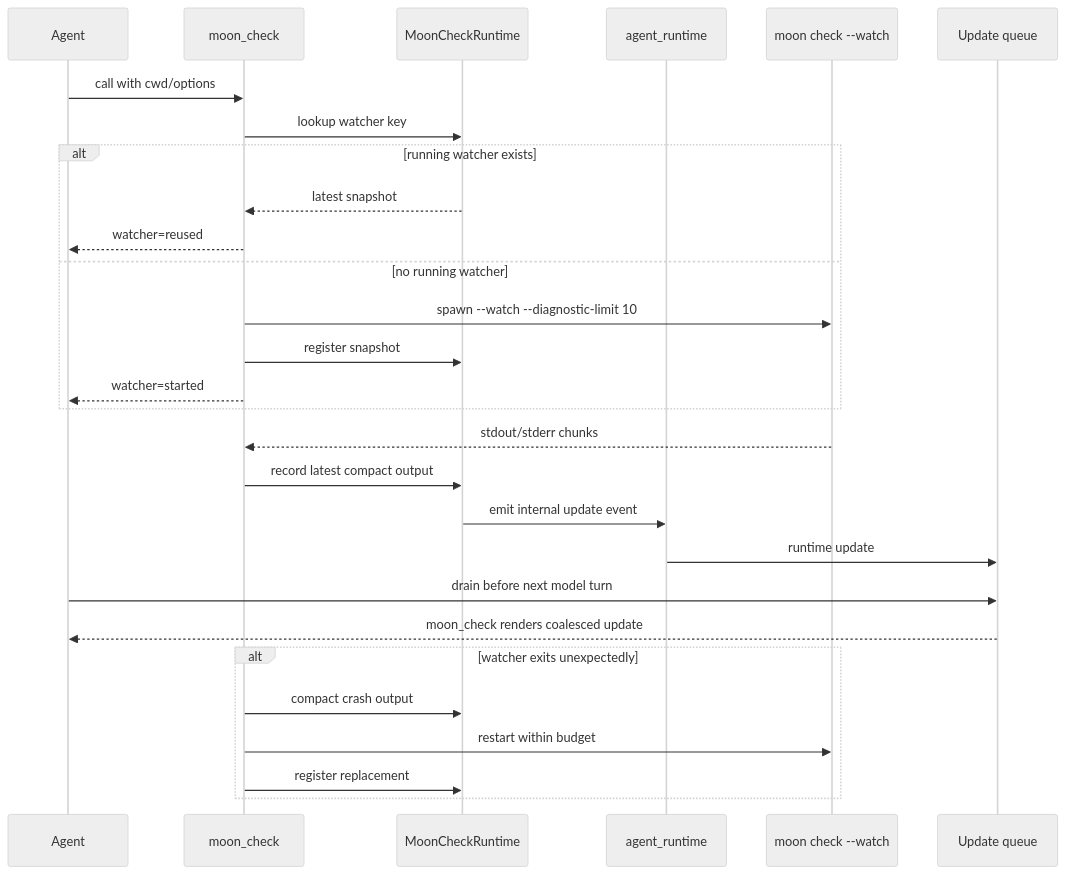
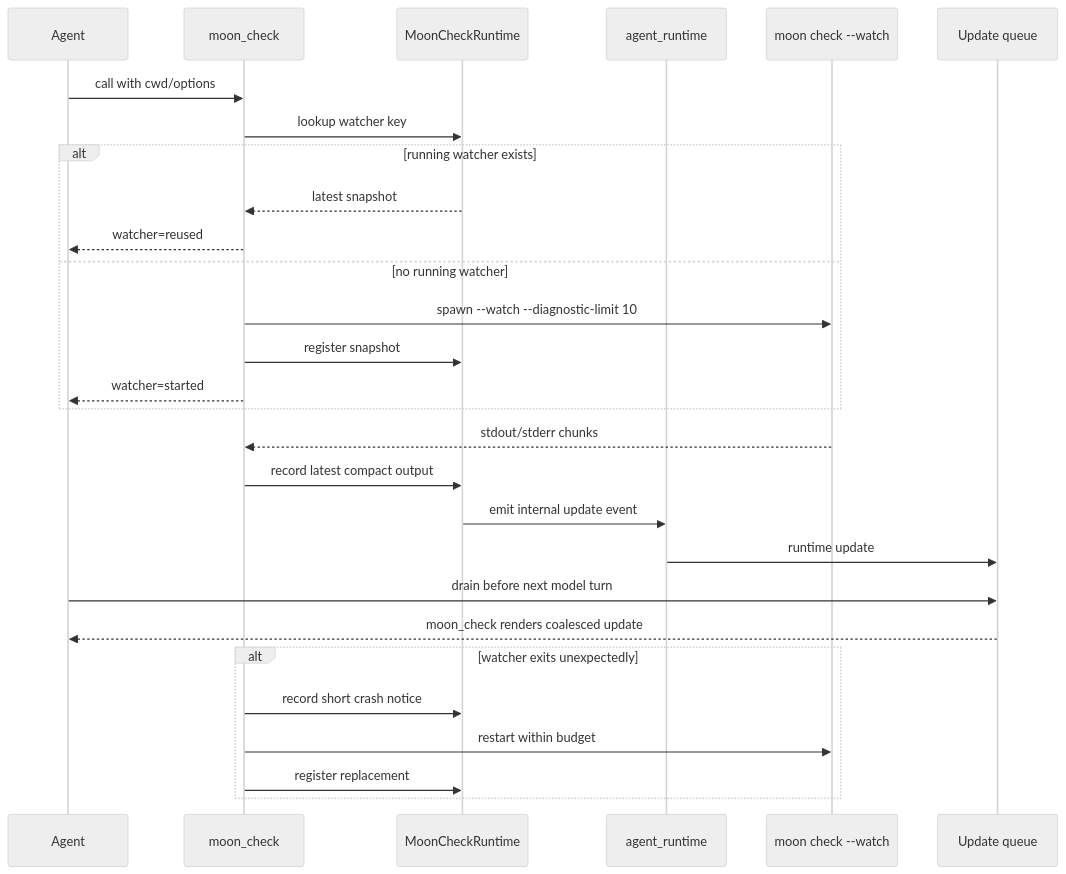
Before and after one commit to 0717lee/openseek: the diagram in agent_tool/moon_check/README.mbt.md, drawn with Mermaid (neutral theme). The commit also changed other lines of this file and 5 other files, not shown here.

````diff
--- a/agent_tool/moon_check/README.mbt.md
+++ b/agent_tool/moon_check/README.mbt.md
@@ -30,31 +29,31 @@
 ```mermaid
 sequenceDiagram
   participant Agent
   participant Tool as moon_check
   participant State as MoonCheckRuntime
   participant Runtime as agent_runtime
   participant Watcher as moon check --watch
   participant Queue as Update queue
 
   Agent->>Tool: call with cwd/options
   Tool->>State: lookup watcher key
   alt running watcher exists
     State-->>Tool: latest snapshot
     Tool-->>Agent: watcher=reused
   else no running watcher
     Tool->>Watcher: spawn --watch --diagnostic-limit 10
     Tool->>State: register snapshot
     Tool-->>Agent: watcher=started
   end
   Watcher-->>Tool: stdout/stderr chunks
   Tool->>State: record latest compact output
   State->>Runtime: emit internal update event
   Runtime->>Queue: runtime update
   Agent->>Queue: drain before next model turn
   Queue-->>Agent: moon_check renders coalesced update
   alt watcher exits unexpectedly
-    Tool->>State: compact crash output
+    Tool->>State: record short crash notice
     Tool->>Watcher: restart within budget
     Tool->>State: register replacement
   end
 ```
````
